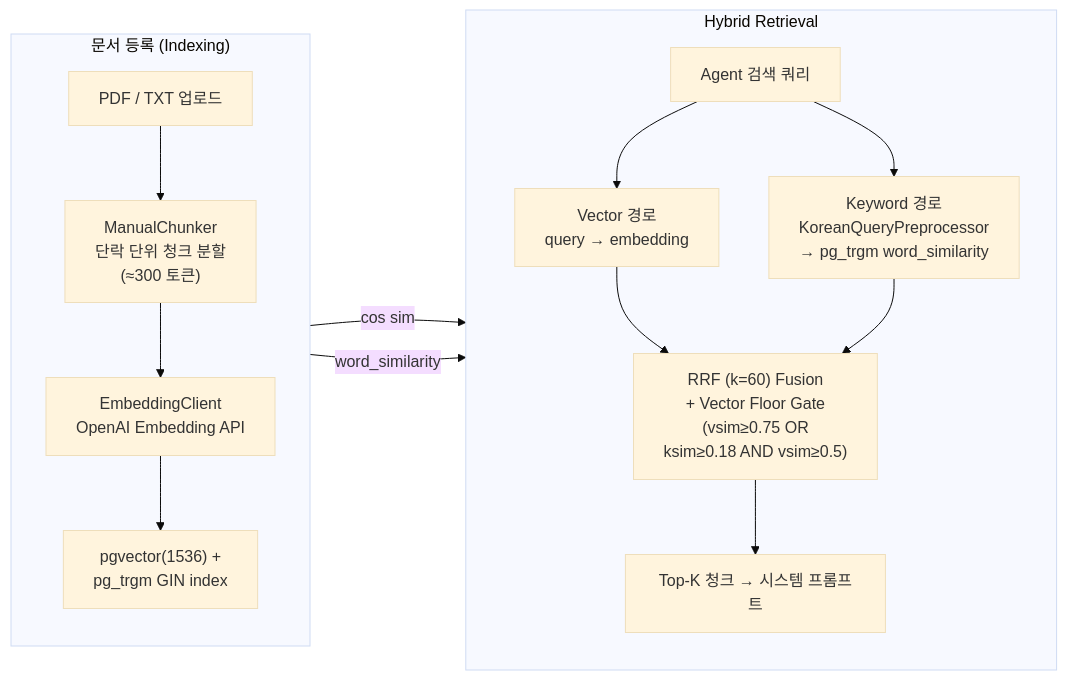
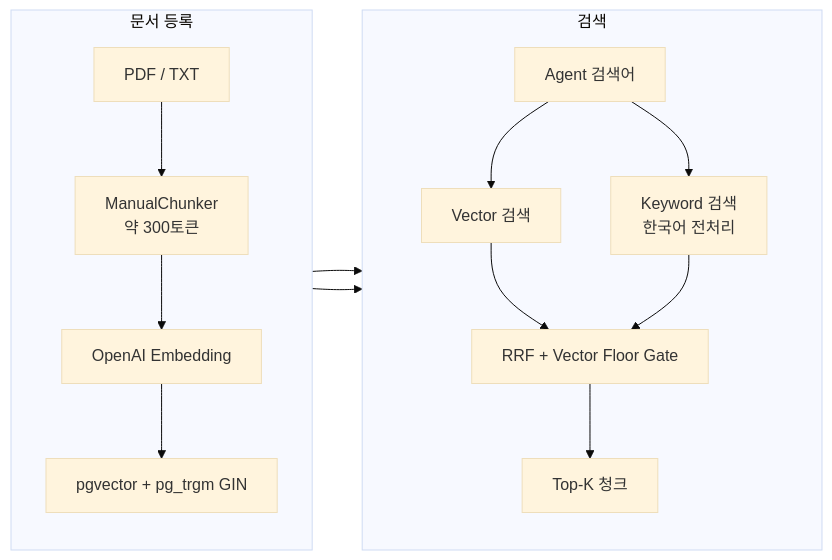
One commit to hanbonghun/ai-cs-assistant changed the third of 4 diagrams in README.md. Above: the diagram before and after it, drawn with Mermaid (base theme). The commit also changed other lines of this file and 1 other file, not shown here.

````diff
--- a/README.md
+++ b/README.md
@@ -193,27 +157,27 @@
 ```mermaid
 flowchart LR
-    subgraph Indexing["문서 등록 (Indexing)"]
+    subgraph Indexing["문서 등록"]
         direction TB
-        Upload["PDF / TXT 업로드"]
-        Chunk["ManualChunker\n단락 단위 청크 분할\n(≈300 토큰)"]
-        Embed["EmbeddingClient\nOpenAI Embedding API"]
-        Store["pgvector(1536) +\npg_trgm GIN index"]
+        Upload["PDF / TXT"]
+        Chunk["ManualChunker<br/>약 300토큰"]
+        Embed["OpenAI Embedding"]
+        Store["pgvector + pg_trgm GIN"]
         Upload --> Chunk --> Embed --> Store
     end
 
-    subgraph Retrieval["Hybrid Retrieval"]
+    subgraph Retrieval["검색"]
         direction TB
-        Query["Agent 검색 쿼리"]
-        VPath["Vector 경로\nquery → embedding"]
-        KPath["Keyword 경로\nKoreanQueryPreprocessor\n→ pg_trgm word_similarity"]
-        Fuse["RRF (k=60) Fusion\n+ Vector Floor Gate\n(vsim≥0.75 OR<br/>ksim≥0.18 AND vsim≥0.5)"]
-        Inject["Top-K 청크 → 시스템 프롬프트"]
+        Query["Agent 검색어"]
+        VPath["Vector 검색"]
+        KPath["Keyword 검색<br/>한국어 전처리"]
+        Fuse["RRF + Vector Floor Gate"]
+        Result["Top-K 청크"]
         Query --> VPath & KPath
         VPath --> Fuse
         KPath --> Fuse
-        Fuse --> Inject
+        Fuse --> Result
     end
 
-    Store -->|cos sim| VPath
-    Store -->|word_similarity| KPath
+    Store --> VPath
+    Store --> KPath
 ```
````
